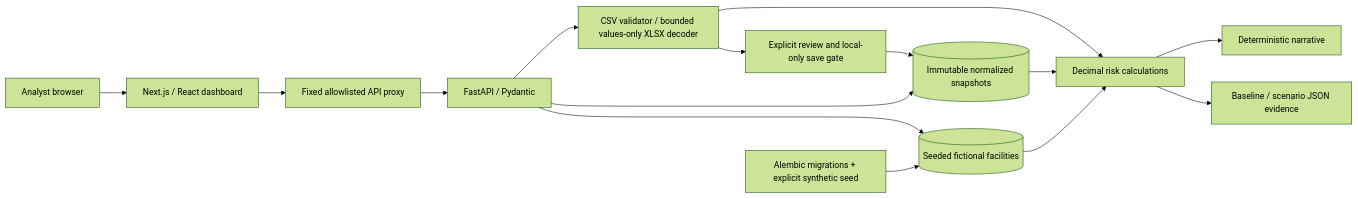
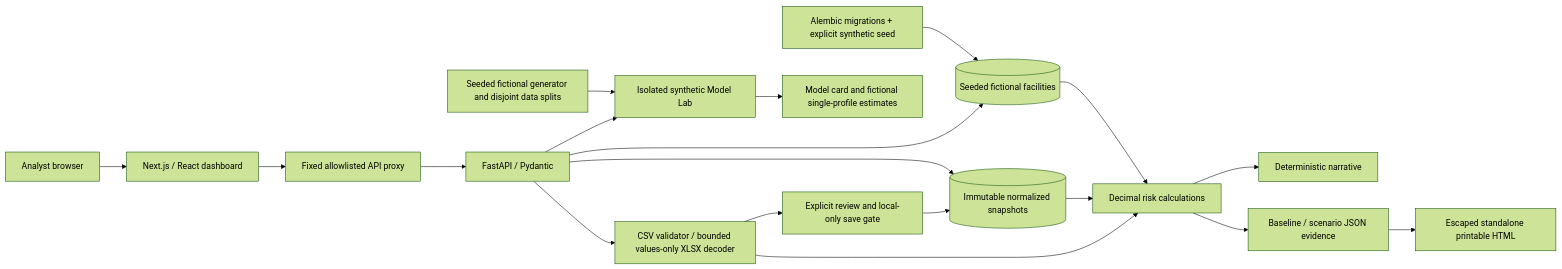
One commit to animeshpthk07/AegisRisk changed the diagram in docs/ARCHITECTURE.md. Above: the diagram before and after it, drawn with Mermaid (forest theme). The commit also changed other lines of this file and 3 other files, not shown here.

Commit message:
docs: record verified Model Lab and patched dependency checkpoint

````diff
--- a/docs/ARCHITECTURE.md
+++ b/docs/ARCHITECTURE.md
@@ -3,17 +3,21 @@
 ```mermaid
 flowchart LR
     U[Analyst browser] --> W[Next.js / React dashboard]
     W --> P[Fixed allowlisted API proxy]
     P --> A[FastAPI / Pydantic]
     A --> V[CSV validator / bounded values-only XLSX decoder]
     V --> R[Decimal risk calculations]
     V --> S[Explicit review and local-only save gate]
     S --> D[(Immutable normalized snapshots)]
     A --> D
     A --> F[(Seeded fictional facilities)]
     D --> R
     F --> R
     R --> E[Deterministic narrative]
     R --> J[Baseline / scenario JSON evidence]
+    J --> H[Escaped standalone printable HTML]
+    A --> L[Isolated synthetic Model Lab]
+    G[Seeded fictional generator and disjoint data splits] --> L
+    L --> C[Model card and fictional single-profile estimates]
     M[Alembic migrations + explicit synthetic seed] --> F
 ```
````
